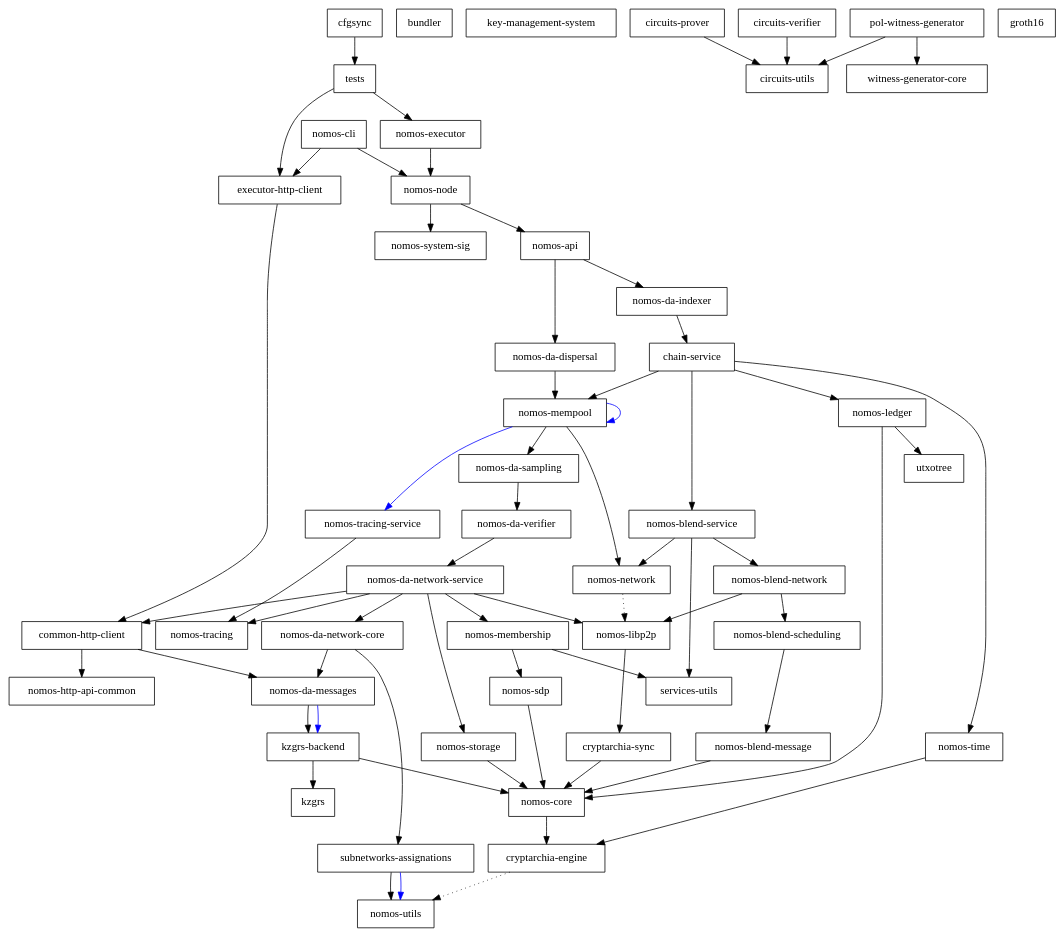
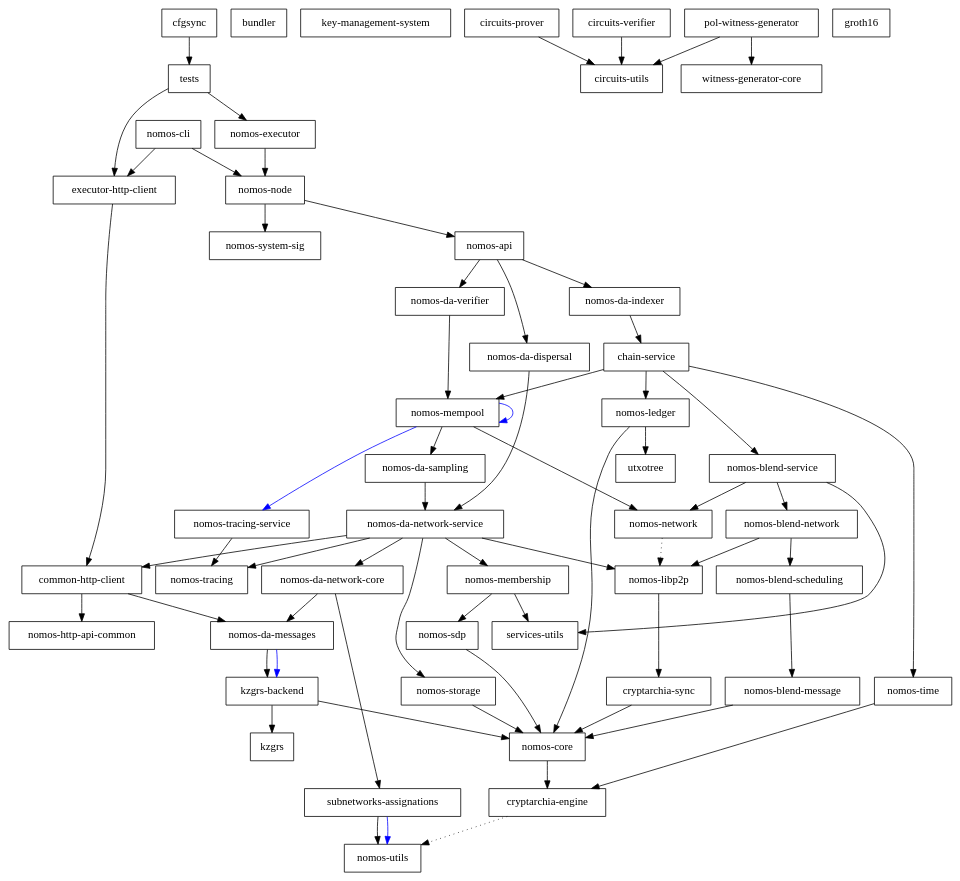
Before and after one commit to logos-co/nomos: the diagram in dependencies_graph.dot, drawn with Graphviz. The commit also changed 83 other files, not shown here.

```diff
--- a/dependencies_graph.dot
+++ b/dependencies_graph.dot
@@ -1,114 +1,115 @@
 digraph {
     0 [ label = "cryptarchia-engine" shape = box]
     1 [ label = "nomos-utils" shape = box]
     2 [ label = "cryptarchia-sync" shape = box]
     3 [ label = "nomos-core" shape = box]
     4 [ label = "nomos-ledger" shape = box]
     5 [ label = "utxotree" shape = box]
     6 [ label = "nomos-http-api-common" shape = box]
     7 [ label = "nomos-executor" shape = box]
     8 [ label = "kzgrs-backend" shape = box]
     9 [ label = "kzgrs" shape = box]
     10 [ label = "nomos-api" shape = box]
     11 [ label = "chain-service" shape = box]
     12 [ label = "nomos-blend-service" shape = box]
     13 [ label = "nomos-blend-message" shape = box]
     14 [ label = "nomos-blend-network" shape = box]
     15 [ label = "nomos-blend-scheduling" shape = box]
     16 [ label = "nomos-libp2p" shape = box]
     17 [ label = "nomos-network" shape = box]
     18 [ label = "services-utils" shape = box]
     19 [ label = "nomos-da-sampling" shape = box]
     20 [ label = "nomos-da-network-core" shape = box]
     21 [ label = "nomos-da-messages" shape = box]
     22 [ label = "subnetworks-assignations" shape = box]
     23 [ label = "nomos-da-network-service" shape = box]
     24 [ label = "common-http-client" shape = box]
     25 [ label = "nomos-membership" shape = box]
     26 [ label = "nomos-sdp" shape = box]
     27 [ label = "nomos-storage" shape = box]
     28 [ label = "nomos-tracing" shape = box]
-    29 [ label = "nomos-da-verifier" shape = box]
-    30 [ label = "nomos-mempool" shape = box]
-    31 [ label = "nomos-tracing-service" shape = box]
-    32 [ label = "nomos-time" shape = box]
-    33 [ label = "nomos-da-dispersal" shape = box]
-    34 [ label = "nomos-da-indexer" shape = box]
+    29 [ label = "nomos-mempool" shape = box]
+    30 [ label = "nomos-tracing-service" shape = box]
+    31 [ label = "nomos-time" shape = box]
+    32 [ label = "nomos-da-dispersal" shape = box]
+    33 [ label = "nomos-da-indexer" shape = box]
+    34 [ label = "nomos-da-verifier" shape = box]
     35 [ label = "nomos-node" shape = box]
     36 [ label = "nomos-system-sig" shape = box]
     37 [ label = "executor-http-client" shape = box]
     38 [ label = "bundler" shape = box]
     39 [ label = "nomos-cli" shape = box]
     40 [ label = "key-management-system" shape = box]
     41 [ label = "cfgsync" shape = box]
     42 [ label = "tests" shape = box]
     43 [ label = "circuits-prover" shape = box]
     44 [ label = "circuits-utils" shape = box]
     45 [ label = "circuits-verifier" shape = box]
     46 [ label = "witness-generator-core" shape = box]
     47 [ label = "pol-witness-generator" shape = box]
     48 [ label = "groth16" shape = box]
     0 -> 1 [ style = dotted]
     2 -> 3 [ ]
     3 -> 0 [ ]
     4 -> 3 [ ]
     4 -> 5 [ ]
     7 -> 35 [ ]
     8 -> 9 [ ]
     8 -> 3 [ ]
+    10 -> 32 [ ]
     10 -> 33 [ ]
     10 -> 34 [ ]
     11 -> 12 [ ]
     11 -> 4 [ ]
-    11 -> 30 [ ]
-    11 -> 32 [ ]
+    11 -> 29 [ ]
+    11 -> 31 [ ]
     12 -> 14 [ ]
     12 -> 17 [ ]
     12 -> 18 [ ]
     13 -> 3 [ ]
     14 -> 15 [ ]
     14 -> 16 [ ]
     15 -> 13 [ ]
     16 -> 2 [ ]
     17 -> 16 [ style = dotted]
-    19 -> 29 [ ]
+    19 -> 23 [ ]
     20 -> 21 [ ]
     20 -> 22 [ ]
     21 -> 8 [ ]
     21 -> 8 [ color = blue]
     22 -> 1 [ ]
     22 -> 1 [ color = blue]
     23 -> 24 [ ]
     23 -> 20 [ ]
     23 -> 16 [ ]
     23 -> 25 [ ]
     23 -> 27 [ ]
     23 -> 28 [ ]
     24 -> 21 [ ]
     24 -> 6 [ ]
     25 -> 26 [ ]
     25 -> 18 [ ]
     26 -> 3 [ ]
     27 -> 3 [ ]
-    29 -> 23 [ ]
-    30 -> 19 [ ]
-    30 -> 30 [ color = blue]
-    30 -> 17 [ ]
-    30 -> 31 [ color = blue]
-    31 -> 28 [ ]
-    32 -> 0 [ ]
-    33 -> 30 [ ]
-    34 -> 11 [ ]
+    29 -> 19 [ ]
+    29 -> 29 [ color = blue]
+    29 -> 17 [ ]
+    29 -> 30 [ color = blue]
+    30 -> 28 [ ]
+    31 -> 0 [ ]
+    32 -> 23 [ ]
+    33 -> 11 [ ]
+    34 -> 29 [ ]
     35 -> 10 [ ]
     35 -> 36 [ ]
     37 -> 24 [ ]
     39 -> 37 [ ]
     39 -> 35 [ ]
     41 -> 42 [ ]
     42 -> 37 [ ]
     42 -> 7 [ ]
     43 -> 44 [ ]
     45 -> 44 [ ]
     47 -> 44 [ ]
     47 -> 46 [ ]
 }
```
